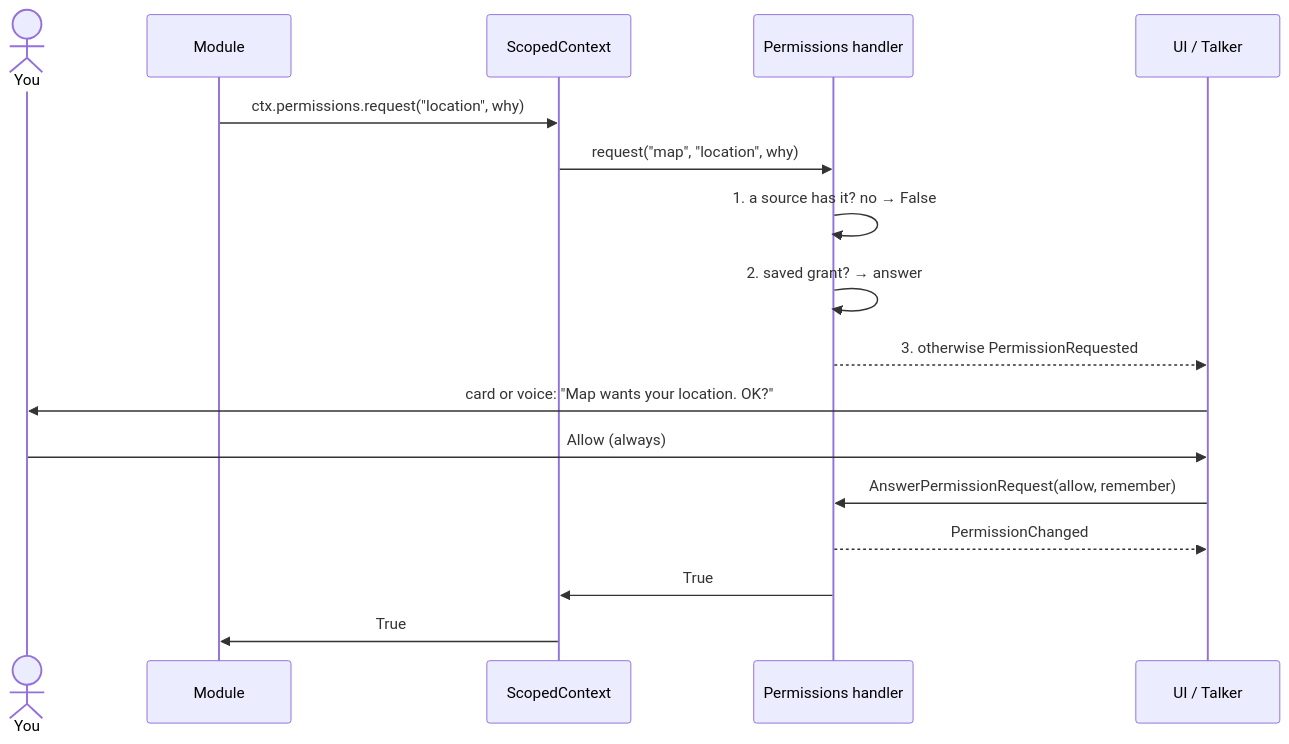
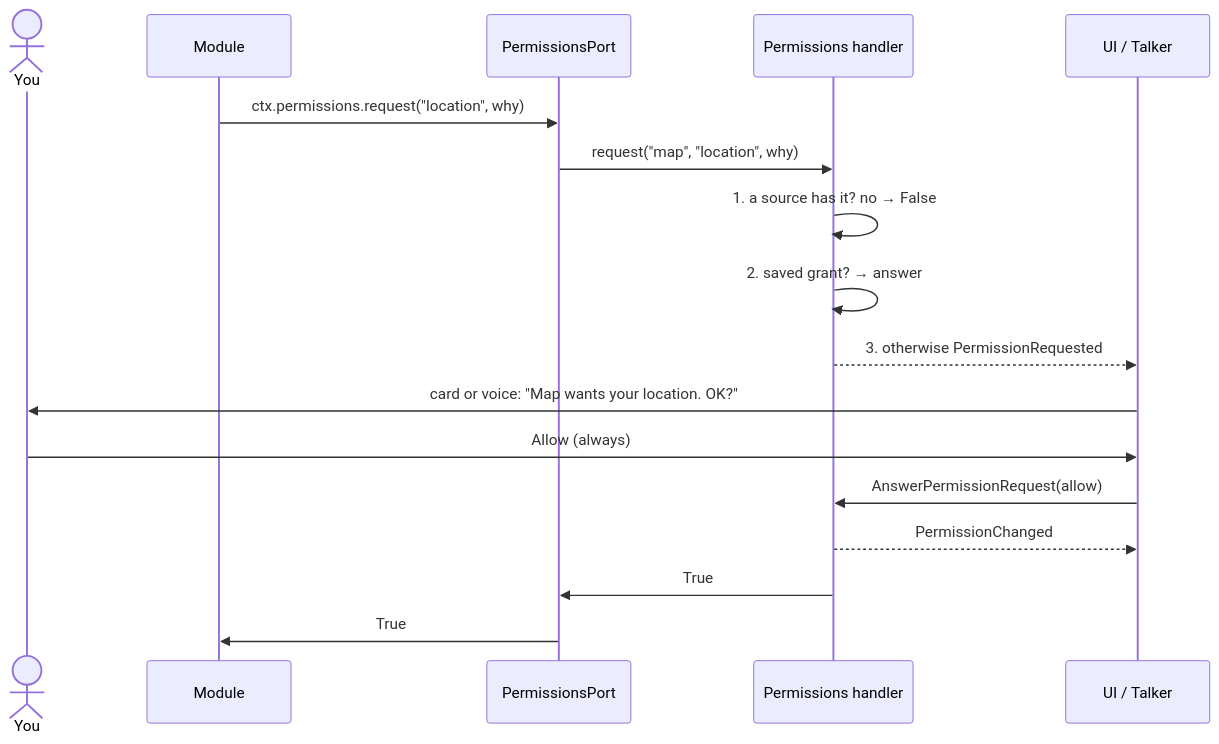
Before and after one commit to sharramon/AI_Assistant: the third of 4 diagrams in docs/architecture/permissions.md, drawn with Mermaid. The commit also changed other lines of this file and 321 other files, not shown here.

````diff
--- a/docs/architecture/permissions.md
+++ b/docs/architecture/permissions.md
@@ -132,19 +225,19 @@
 ```mermaid
 sequenceDiagram
     actor You
     participant M as Module
-    participant S as ScopedContext
+    participant S as PermissionsPort
     participant P as Permissions handler
     participant U as UI / Talker
     M->>S: ctx.permissions.request("location", why)
     S->>P: request("map", "location", why)
     P->>P: 1. a source has it? no → False
     P->>P: 2. saved grant? → answer
     P-->>U: 3. otherwise PermissionRequested
     U->>You: card or voice: "Map wants your location. OK?"
     You->>U: Allow (always)
-    U->>P: AnswerPermissionRequest(allow, remember)
+    U->>P: AnswerPermissionRequest(allow)
     P-->>U: PermissionChanged
     P->>S: True
     S->>M: True
 ```
````
